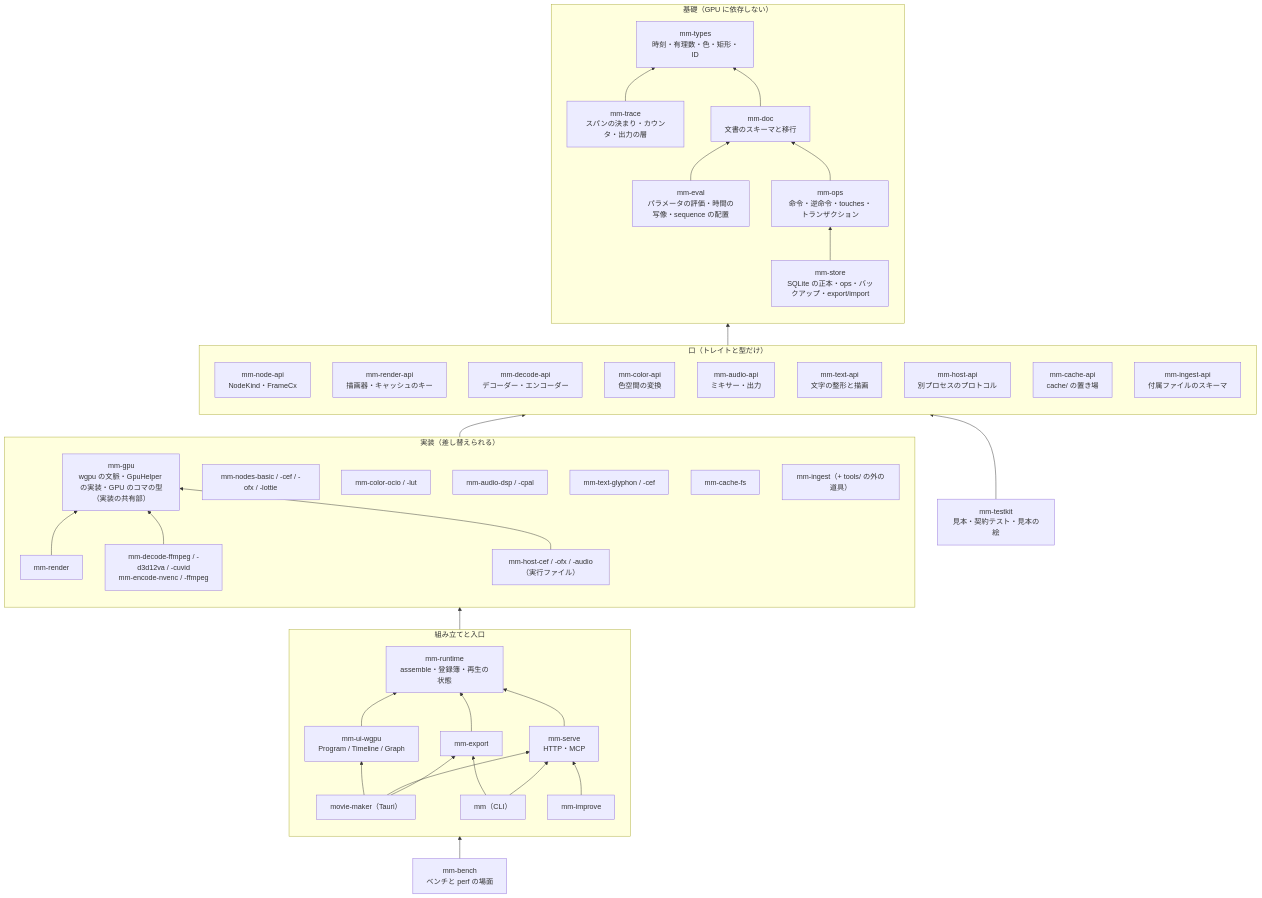
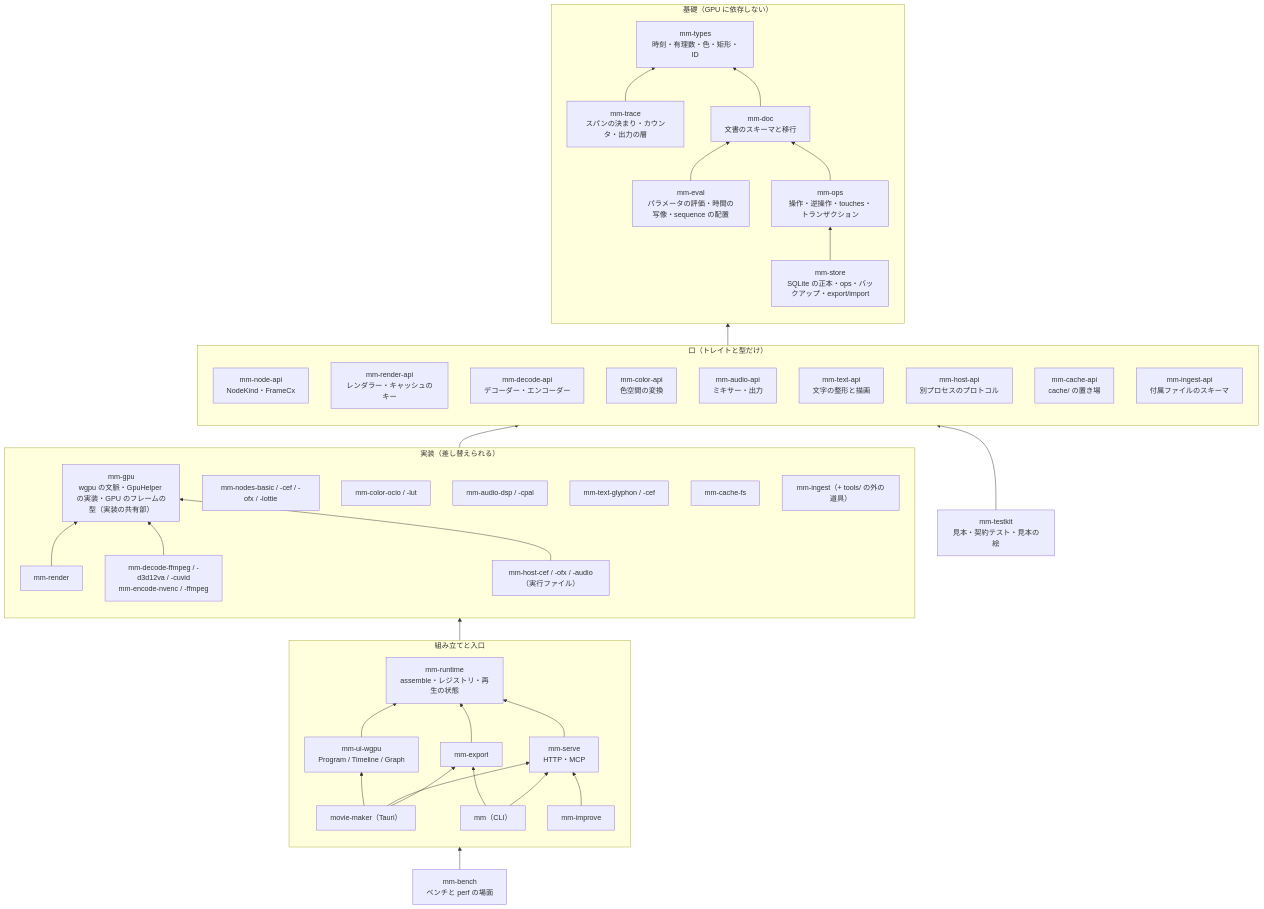
One commit to Durun/claude-marketplace changed the diagram in movie-maker/docs/design/14-dev-structure.md. Above: the diagram before and after it, drawn with Mermaid. The commit also changed other lines of this file and 218 other files, not shown here.

````diff
--- a/movie-maker/docs/design/14-dev-structure.md
+++ b/movie-maker/docs/design/14-dev-structure.md
@@ -7,69 +7,69 @@
 ```mermaid
 flowchart BT
   subgraph BASE[基礎（GPU に依存しない）]
     direction BT
     types[mm-types<br>時刻・有理数・色・矩形・ID]
     doc[mm-doc<br>文書のスキーマと移行]
     eval[mm-eval<br>パラメータの評価・時間の写像・sequence の配置]
-    ops[mm-ops<br>命令・逆命令・touches・トランザクション]
+    ops[mm-ops<br>操作・逆操作・touches・トランザクション]
     store[mm-store<br>SQLite の正本・ops・バックアップ・export/import]
     trace[mm-trace<br>スパンの決まり・カウンタ・出力の層]
     trace --> types
     doc --> types
     eval --> doc
     ops --> doc
     store --> ops
   end
   subgraph API[口（トレイトと型だけ）]
     direction BT
     node_api[mm-node-api<br>NodeKind・FrameCx]
-    render_api[mm-render-api<br>描画器・キャッシュのキー]
+    render_api[mm-render-api<br>レンダラー・キャッシュのキー]
     decode_api[mm-decode-api<br>デコーダー・エンコーダー]
     color_api[mm-color-api<br>色空間の変換]
     audio_api[mm-audio-api<br>ミキサー・出力]
     text_api[mm-text-api<br>文字の整形と描画]
     host_api[mm-host-api<br>別プロセスのプロトコル]
     cache_api[mm-cache-api<br>cache/ の置き場]
     ingest_api[mm-ingest-api<br>付属ファイルのスキーマ]
   end
   subgraph IMPL[実装（差し替えられる）]
     direction BT
-    gpu[mm-gpu<br>wgpu の文脈・GpuHelper の実装・GPU のコマの型（実装の共有部）]
+    gpu[mm-gpu<br>wgpu の文脈・GpuHelper の実装・GPU のフレームの型（実装の共有部）]
     render[mm-render]
     render --> gpu
     decode --> gpu
     hosts --> gpu
     nodes[mm-nodes-basic / -cef / -ofx / -lottie]
     decode[mm-decode-ffmpeg / -d3d12va / -cuvid<br>mm-encode-nvenc / -ffmpeg]
     color[mm-color-ocio / -lut]
     audio[mm-audio-dsp / -cpal]
     text[mm-text-glyphon / -cef]
     hosts[mm-host-cef / -ofx / -audio（実行ファイル）]
     cache[mm-cache-fs]
     ingest[mm-ingest（+ tools/ の外の道具）]
   end
   subgraph ASM[組み立てと入口]
     direction BT
-    runtime[mm-runtime<br>assemble・登録簿・再生の状態]
+    runtime[mm-runtime<br>assemble・レジストリ・再生の状態]
     export[mm-export]
     serve[mm-serve<br>HTTP・MCP]
     app[movie-maker（Tauri）]
     cli[mm（CLI）]
     improve[mm-improve]
     uiw[mm-ui-wgpu<br>Program / Timeline / Graph]
     export --> runtime
     serve --> runtime
     uiw --> runtime
     app --> uiw
     app --> serve
     app --> export
     cli --> export
     cli --> serve
     improve --> serve
   end
   API --> BASE
   IMPL --> API
   runtime --> IMPL
   testkit[mm-testkit<br>見本・契約テスト・見本の絵] --> API
   bench[mm-bench<br>ベンチと perf の場面] --> runtime
 ```
````
